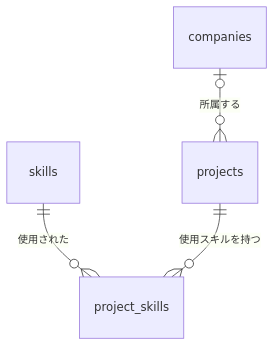
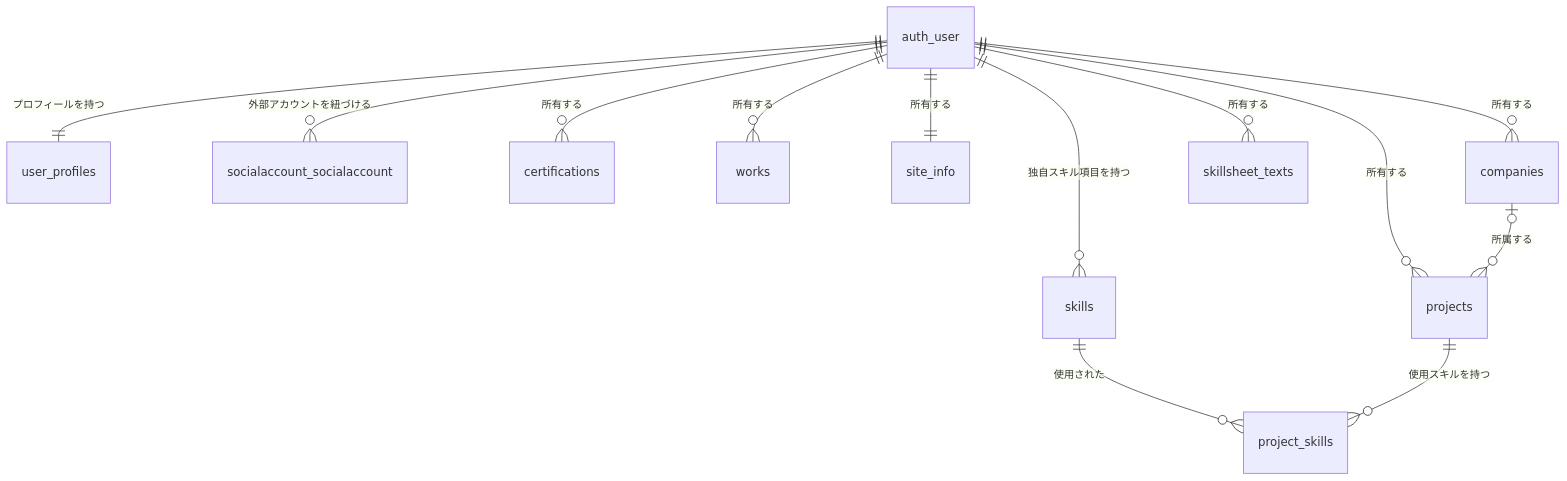
The first of 7 diagrams in docs/02.design/DESIGN.md (Seiya-Nakagawa/Portfolio), drawn with Mermaid before and after one commit. The commit also changed other lines of this file and 2 other files, not shown here.

````diff
--- a/docs/02.design/DESIGN.md
+++ b/docs/02.design/DESIGN.md
@@ -101,6 +135,15 @@
 ```mermaid
 erDiagram
+    auth_user ||--|| user_profiles : "プロフィールを持つ"
+    auth_user ||--o{ socialaccount_socialaccount : "外部アカウントを紐づける"
+    auth_user ||--o{ skills : "独自スキル項目を持つ"
+    auth_user ||--o{ projects : "所有する"
+    auth_user ||--o{ certifications : "所有する"
+    auth_user ||--o{ works : "所有する"
+    auth_user ||--|| site_info : "所有する"
+    auth_user ||--o{ companies : "所有する"
+    auth_user ||--o{ skillsheet_texts : "所有する"
     skills ||--o{ project_skills : "使用された"
     projects ||--o{ project_skills : "使用スキルを持つ"
     companies |o--o{ projects : "所属する"
 ```
````
